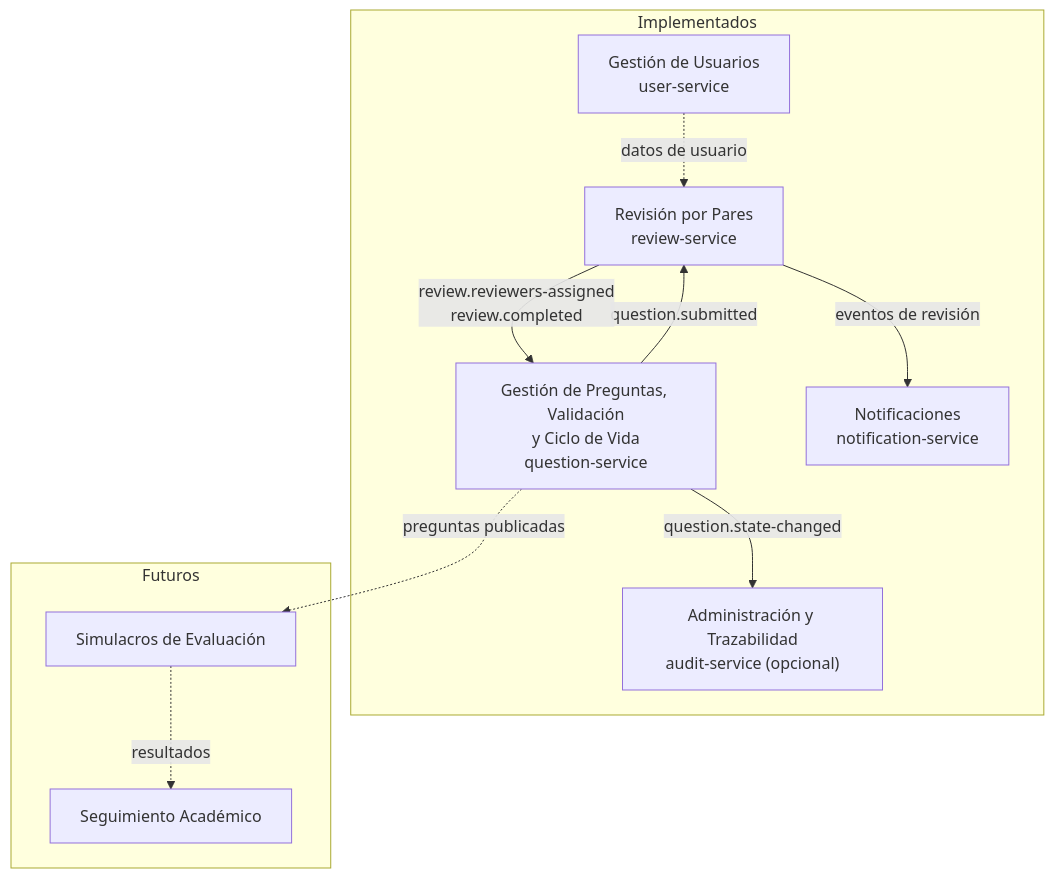
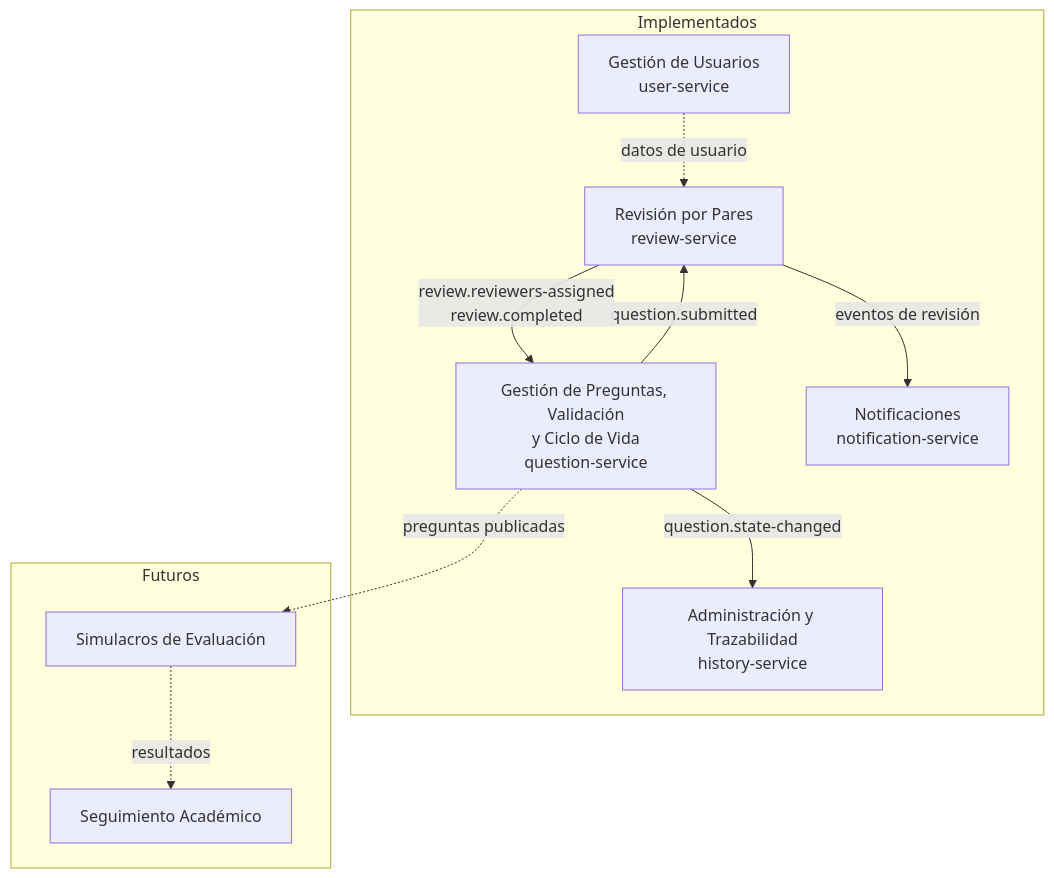
Before and after one commit to DVLASZ/banco-preguntas-saberpro: the first of 2 diagrams in docs/corte-2/02-contextos-y-eventos.md, drawn with Mermaid. The commit also changed other lines of this file and 5 other files, not shown here.

````diff
--- a/docs/corte-2/02-contextos-y-eventos.md
+++ b/docs/corte-2/02-contextos-y-eventos.md
@@ -8,21 +8,21 @@
 ```mermaid
 flowchart TB
   subgraph Implementados
     US["Gestión de Usuarios<br/>user-service"]
     QS["Gestión de Preguntas, Validación<br/>y Ciclo de Vida<br/>question-service"]
     RS["Revisión por Pares<br/>review-service"]
     NS["Notificaciones<br/>notification-service"]
-    AS["Administración y Trazabilidad<br/>audit-service (opcional)"]
+    AS["Administración y Trazabilidad<br/>history-service"]
   end
   subgraph Futuros
     SIM["Simulacros de Evaluación"]
     SEG["Seguimiento Académico"]
   end
   QS -- "question.submitted" --> RS
   RS -- "review.reviewers-assigned<br/>review.completed" --> QS
   RS -- "eventos de revisión" --> NS
   QS -- "question.state-changed" --> AS
   US -. "datos de usuario" .-> RS
   QS -. "preguntas publicadas" .-> SIM
   SIM -. "resultados" .-> SEG
 ```
````
